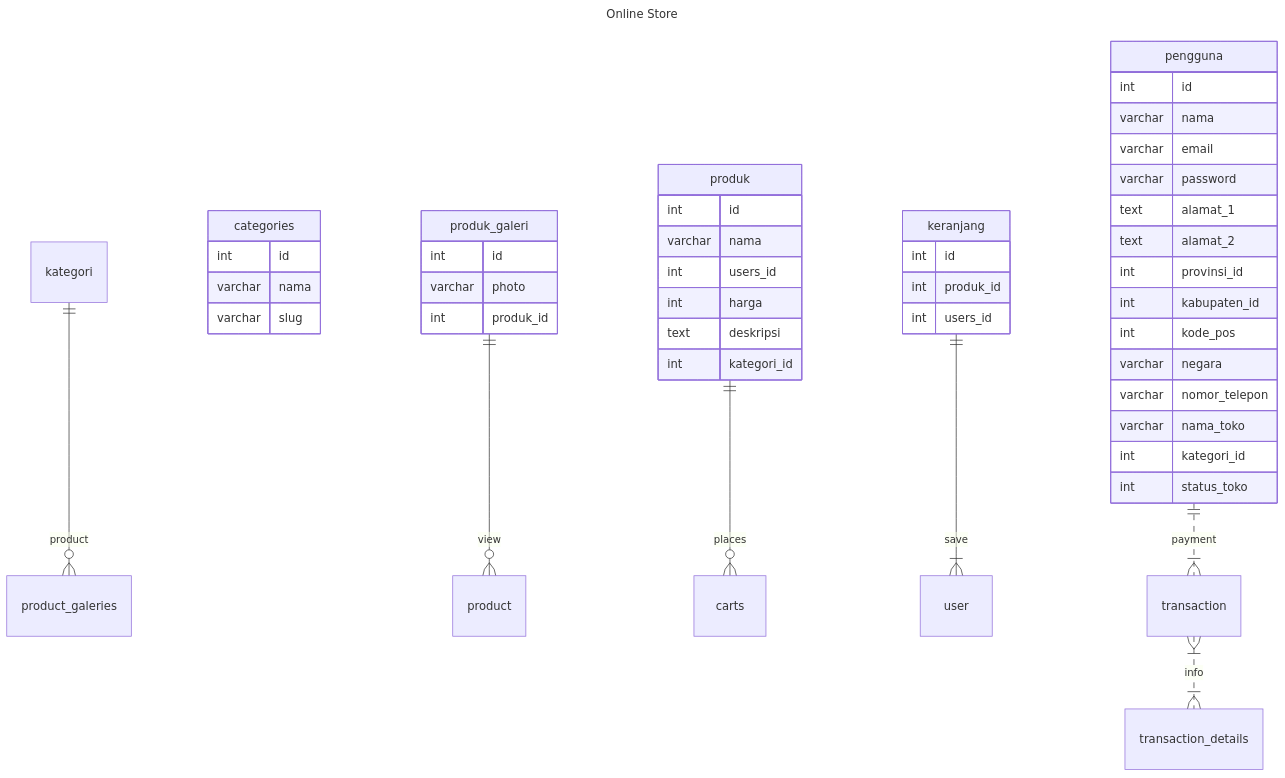
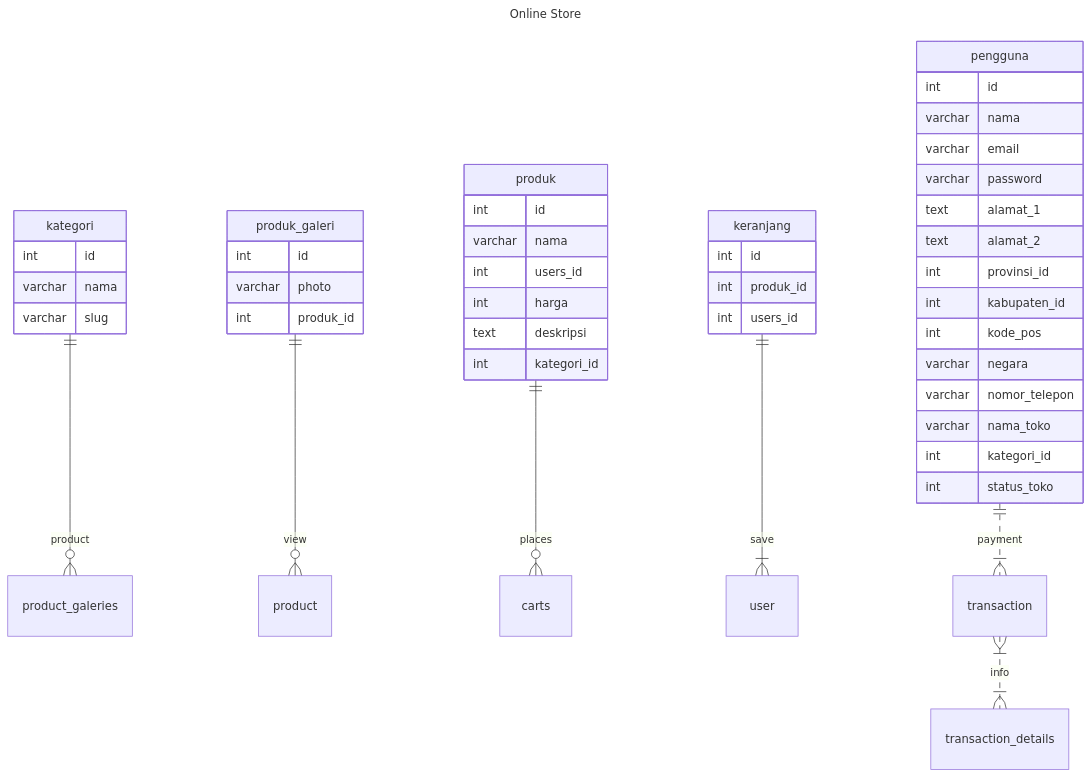
Before and after one commit to sugazq/jobInterview: the first of 2 diagrams in job-interview-answers.md, drawn with Mermaid.

````diff
--- a/job-interview-answers.md
+++ b/job-interview-answers.md
@@ -58,47 +58,47 @@
 ```mermaid
 ---
 title: Online Store
 ---
 erDiagram
-    kategori ||--o{ product_galeries : product categories {
+    kategori ||--o{ product_galeries : product kategori {
         int id
         varchar nama
         varchar slug
 }
     produk_galeri ||--o{ product : view produk_galeri {
         int id
         varchar photo
         int produk_id
 }
     produk ||--o{ carts : places produk {
         int id
         varchar nama
         int users_id
         int harga
         text deskripsi
         int kategori_id
 }
     keranjang ||--|{ user : save keranjang {
         int id
         int produk_id
         int users_id
 }
     pengguna ||..|{ transaction : payment pengguna {
         int id
         varchar nama
         varchar email
         varchar password
         text alamat_1
         text alamat_2
         int provinsi_id
         int kabupaten_id
         int kode_pos
         varchar negara
         varchar nomor_telepon
         varchar nama_toko
         int kategori_id
         int status_toko
 }
     transaction }|..|{ transaction_details : info
     
 ```
````
